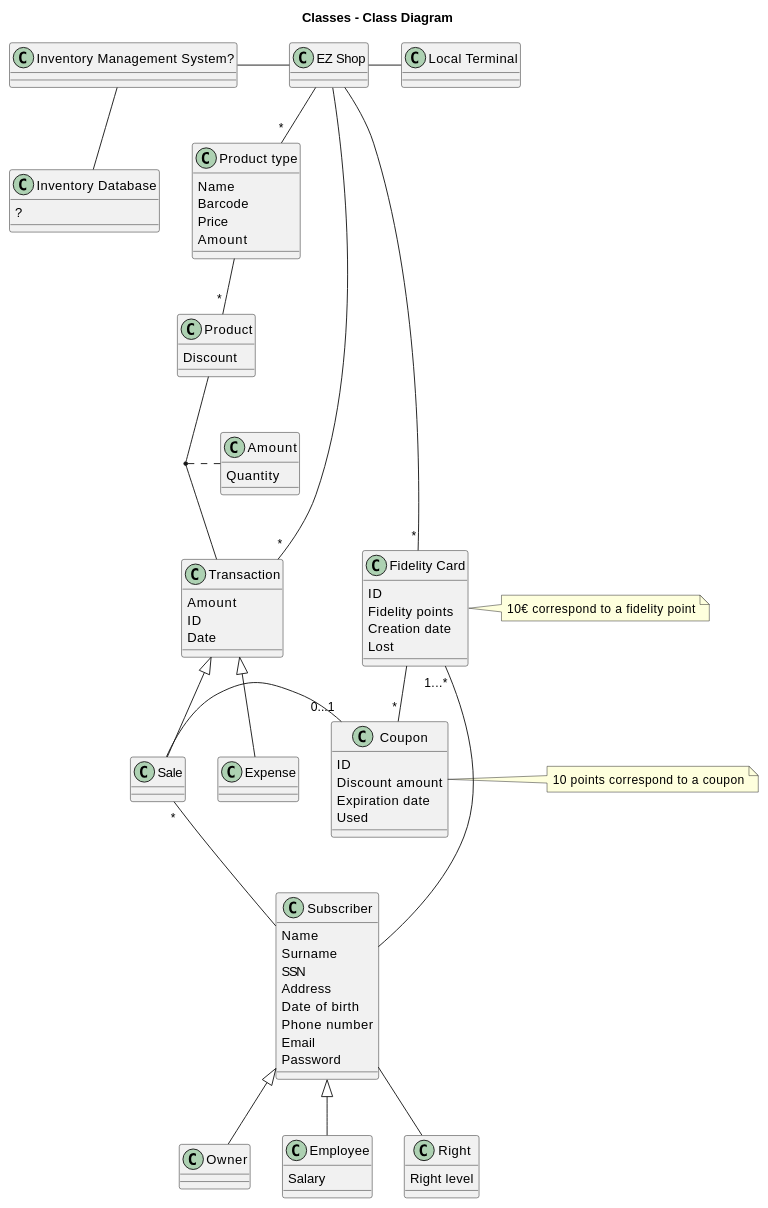
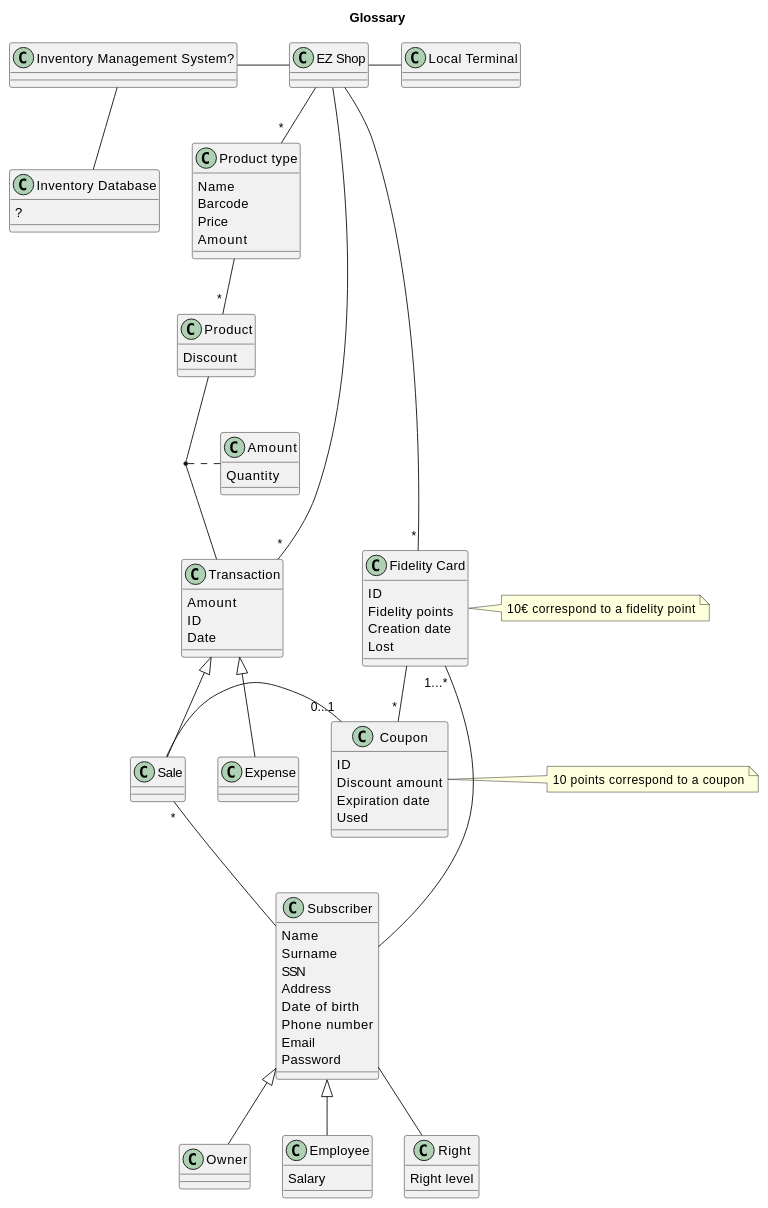
One commit to nicolabattaglino/ezshop changed the second of 3 diagrams in Deliverables/RequirementsDocument.md. Above: the diagram before and after it, drawn with PlantUML. The commit also changed other lines of this file, not shown here.

````diff
--- a/Deliverables/RequirementsDocument.md
+++ b/Deliverables/RequirementsDocument.md
@@ -176,7 +174,7 @@
 ```plantuml
 @startuml
 
-title Classes - Class Diagram
+title Glossary
 
 
 class "Subscriber" as subscriber{
````
